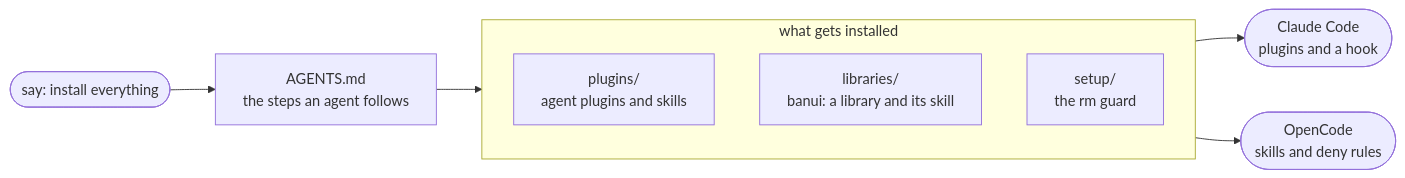
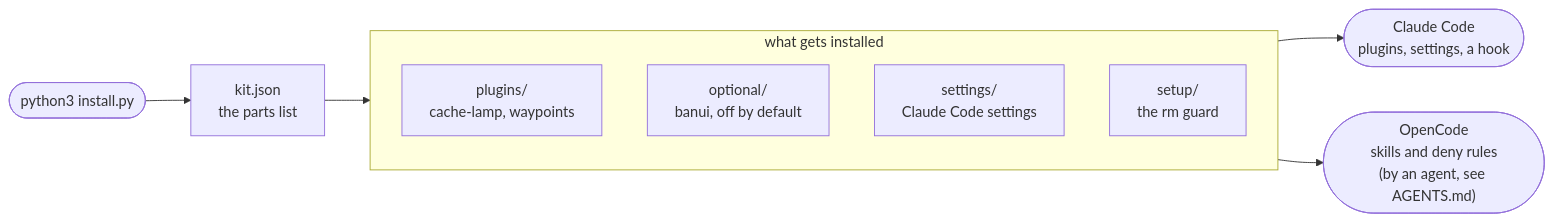
The diagram in README.md (seymurglv/seymurglv-kit), drawn with Mermaid before and after one commit. The commit also changed other lines of this file and 122 other files, not shown here.

First line of the commit message:
kit: install.py with a menu and flags, carried settings, banui optional

````diff
--- a/README.md
+++ b/README.md
@@ -6,13 +6,14 @@
 ```mermaid
 flowchart LR
-  say(["say: install everything"]) --> agents["AGENTS.md<br/>the steps an agent follows"]
-  agents --> kit
+  run(["python3 install.py"]) --> kitjson["kit.json<br/>the parts list"]
+  kitjson --> kit
   subgraph kit["what gets installed"]
     direction TB
-    plugins["plugins/<br/>agent plugins and skills"]
-    libraries["libraries/<br/>banui: a library and its skill"]
+    plugins["plugins/<br/>cache-lamp, waypoints"]
+    optional["optional/<br/>banui, off by default"]
+    settings["settings/<br/>Claude Code settings"]
     setup["setup/<br/>the rm guard"]
   end
-  kit --> claude(["Claude Code<br/>plugins and a hook"])
-  kit --> opencode(["OpenCode<br/>skills and deny rules"])
+  kit --> claude(["Claude Code<br/>plugins, settings, a hook"])
+  kit --> opencode(["OpenCode<br/>skills and deny rules<br/>(by an agent, see AGENTS.md)"])
 ```
````
